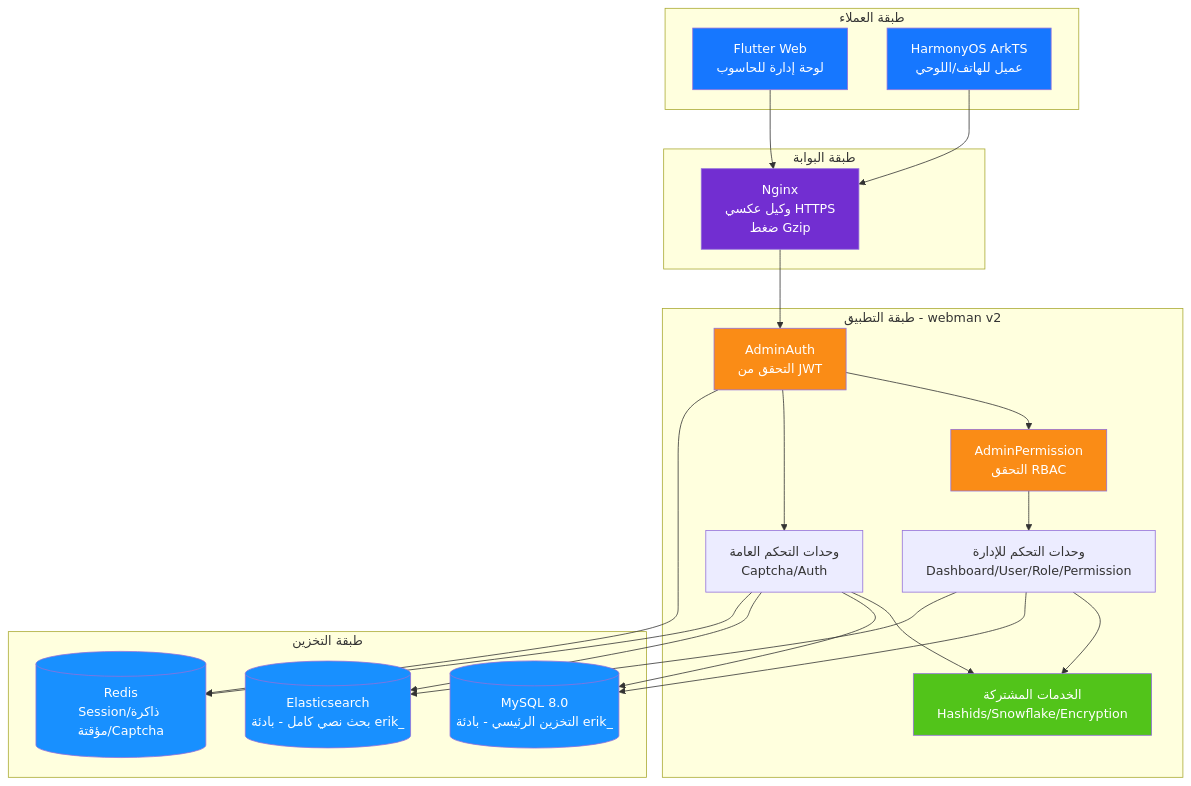
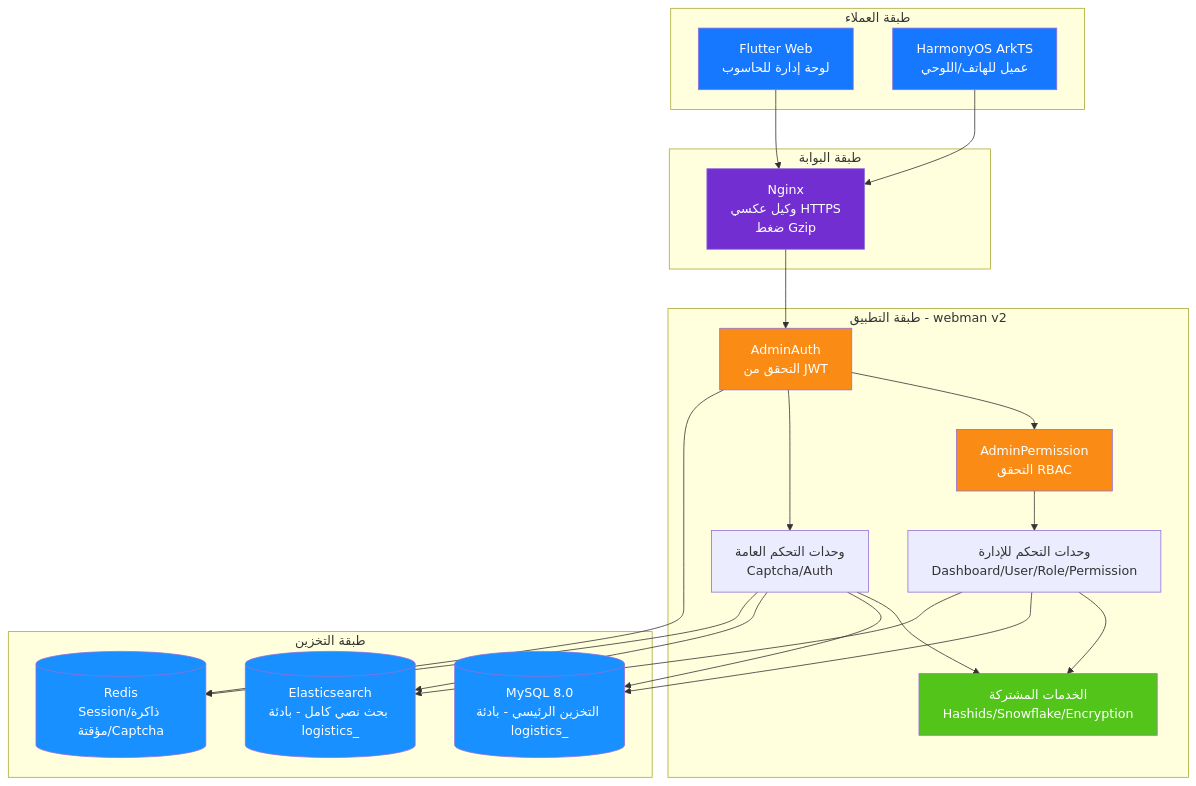
Before and after one commit to erikwang2013/integrated-global-logistics: the diagram in admin/docs/diagrams/01-system-architecture.ar.md, drawn with Mermaid. The commit also changed 211 other files, not shown here.

````diff
--- a/admin/docs/diagrams/01-system-architecture.ar.md
+++ b/admin/docs/diagrams/01-system-architecture.ar.md
@@ -7,50 +7,50 @@
 ```mermaid
 flowchart TB
     subgraph clients["طبقة العملاء"]
         flutter["Flutter Web<br/>لوحة إدارة للحاسوب"]
         harmony["HarmonyOS ArkTS<br/>عميل للهاتف/اللوحي"]
     end
 
     subgraph gateway["طبقة البوابة"]
         nginx["Nginx<br/>وكيل عكسي HTTPS<br/>ضغط Gzip"]
     end
 
     subgraph app["طبقة التطبيق - webman v2"]
         auth["AdminAuth<br/>التحقق من JWT"]
         perm["AdminPermission<br/>التحقق RBAC"]
         admin["وحدات التحكم للإدارة<br/>Dashboard/User/Role/Permission"]
         public["وحدات التحكم العامة<br/>Captcha/Auth"]
         common["الخدمات المشتركة<br/>Hashids/Snowflake/Encryption"]
     end
 
     subgraph storage["طبقة التخزين"]
-        mysql[("MySQL 8.0<br/>التخزين الرئيسي - بادئة erik_")]
-        es[("Elasticsearch<br/>بحث نصي كامل - بادئة erik_")]
+        mysql[("MySQL 8.0<br/>التخزين الرئيسي - بادئة logistics_")]
+        es[("Elasticsearch<br/>بحث نصي كامل - بادئة logistics_")]
         redis[("Redis<br/>Session/ذاكرة مؤقتة/Captcha")]
     end
 
     flutter --> nginx
     harmony --> nginx
     nginx --> auth
     auth --> perm
     perm --> admin
     auth --> public
     admin --> common
     public --> common
     admin --> mysql
     public --> mysql
     admin --> es
     public --> es
     auth --> redis
     public --> redis
 
     style flutter fill:#1677FF,color:#fff
     style harmony fill:#1677FF,color:#fff
     style nginx fill:#722ED1,color:#fff
     style auth fill:#FA8C16,color:#fff
     style perm fill:#FA8C16,color:#fff
     style common fill:#52C41A,color:#fff
     style mysql fill:#1890FF,color:#fff
     style es fill:#1890FF,color:#fff
     style redis fill:#1890FF,color:#fff
 ```
````
